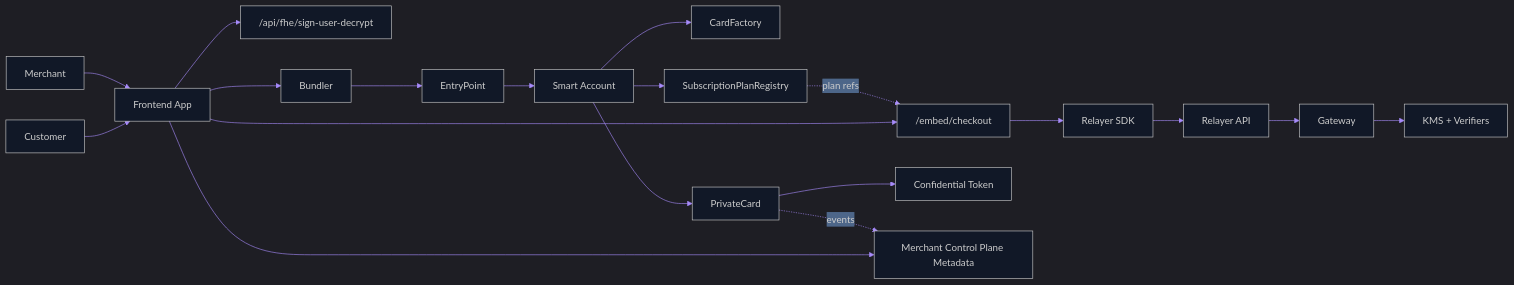
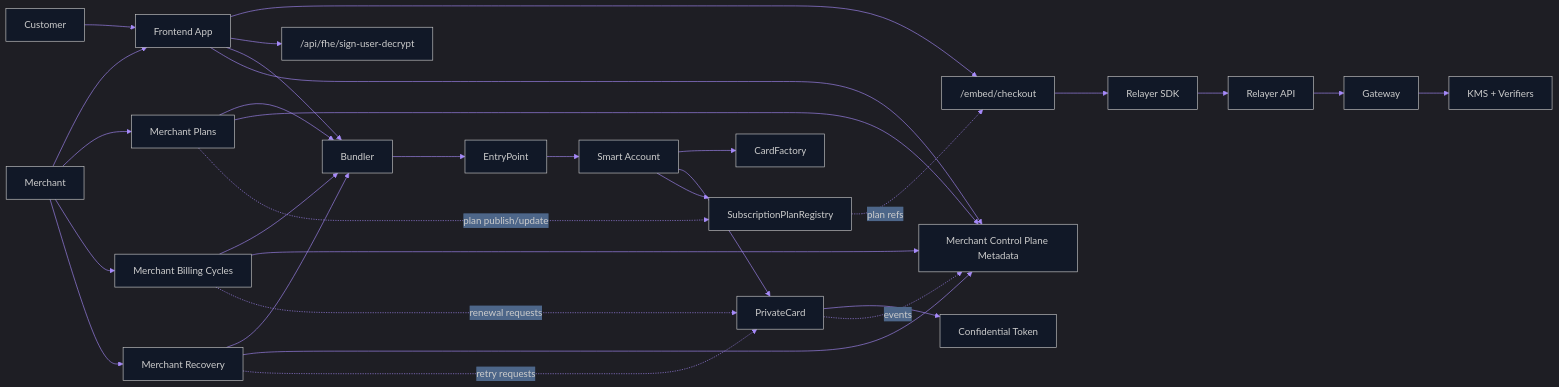
Before and after one commit to tekuuu/PayMe: the third of 3 diagrams in README.md, drawn with Mermaid. The commit also changed other lines of this file, not shown here.

Commit message:
docs: expand README architecture and merchant flow coverage

````diff
--- a/README.md
+++ b/README.md
@@ -233,24 +283,36 @@
 ```mermaid
 %%{init: {'theme':'dark', 'themeVariables': { 'primaryColor':'#a78bfa', 'primaryTextColor':'#ffffff', 'primaryBorderColor':'#8b5cf6', 'lineColor':'#a78bfa', 'secondaryColor':'#0f172a', 'tertiaryColor':'#1e293b', 'background':'#0b1020', 'mainBkg':'#111827', 'secondBkg':'#1f2937', 'labelBackground':'#1f2937', 'labelTextColor':'#ffffff'}}}%%
 flowchart LR
     U[Customer] --> FE[Frontend App]
     M[Merchant] --> FE
+    M --> MPLAN[Merchant Plans]
+    M --> MBILL[Merchant Billing Cycles]
+    M --> MREC[Merchant Recovery]
     FE --> EMB["/embed/checkout"]
     FE --> API["/api/fhe/sign-user-decrypt"]
     EMB --> SDK[Relayer SDK]
     SDK --> REL[Relayer API]
     REL --> GW[Gateway]
     GW --> KMS[KMS + Verifiers]
 
     FE --> BUNDLER[Bundler]
+    MPLAN --> BUNDLER
+    MBILL --> BUNDLER
+    MREC --> BUNDLER
     BUNDLER --> EP[EntryPoint]
     EP --> SA[Smart Account]
     SA --> CF[CardFactory]
     SA --> PC[PrivateCard]
     SA --> SPR[SubscriptionPlanRegistry]
     PC --> TOKEN[Confidential Token]
 
     FE --> MCP[Merchant Control Plane Metadata]
+    MPLAN --> MCP
+    MBILL --> MCP
+    MREC --> MCP
+    MPLAN -. plan publish/update .-> SPR
+    MBILL -. renewal requests .-> PC
+    MREC -. retry requests .-> PC
     PC -. events .-> MCP
     SPR -. plan refs .-> EMB
 ```
````
